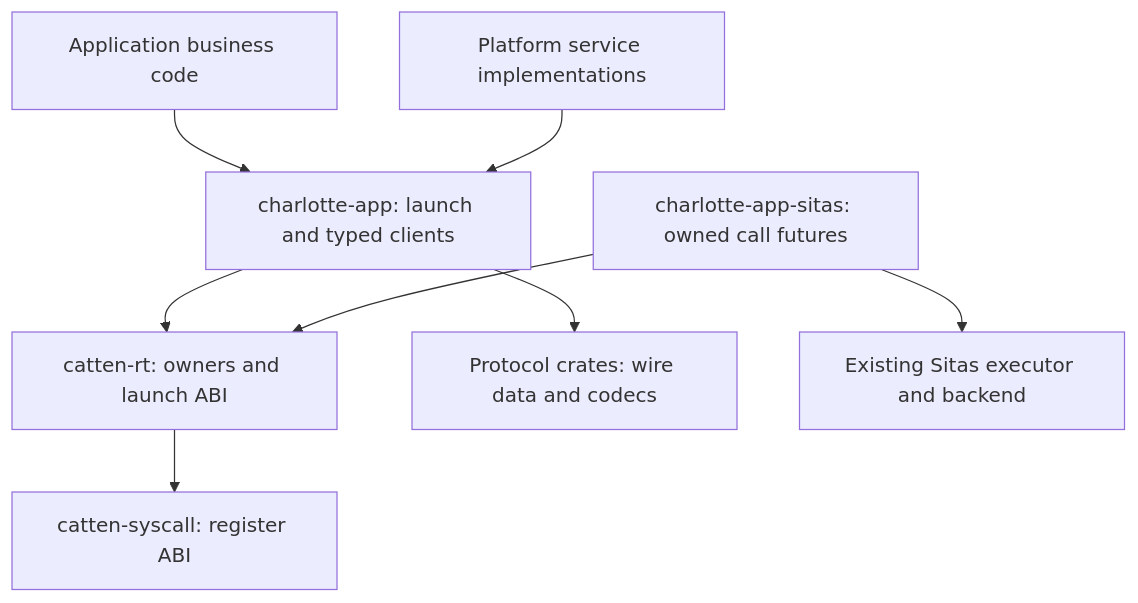
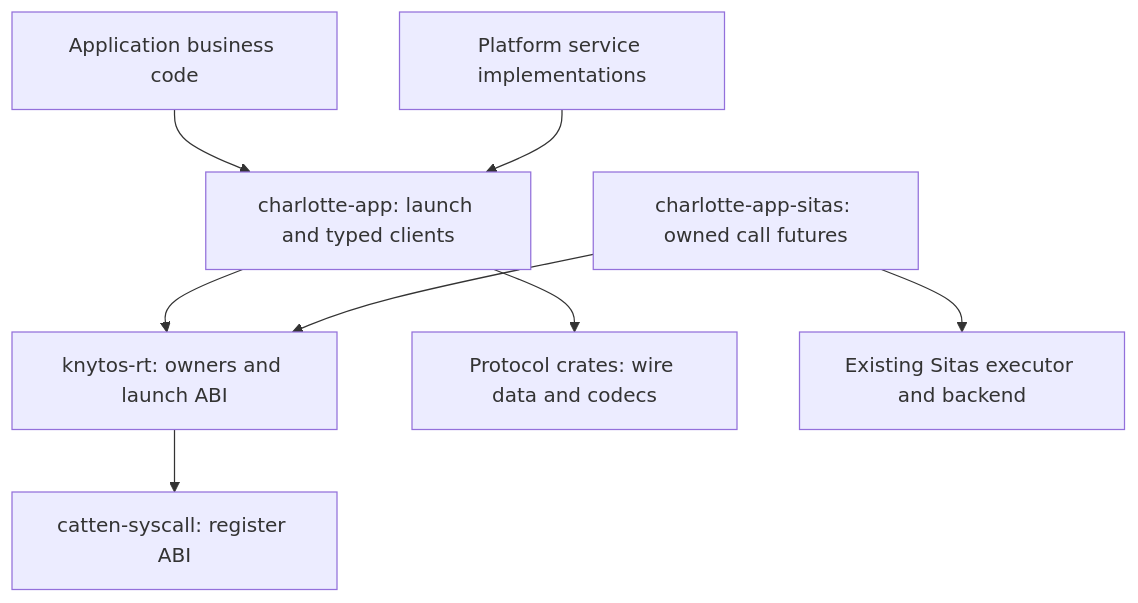
One commit to FrodeRanders/charlotte-os changed the diagram in docs/architecture/userspace-ergonomics.md. Above: the diagram before and after it, drawn with Mermaid. The commit also changed other lines of this file and 67 other files, not shown here.

Commit message:
catten-rt -> knytos-rt

````diff
--- a/docs/architecture/userspace-ergonomics.md
+++ b/docs/architecture/userspace-ergonomics.md
@@ -31,10 +31,10 @@
 ```mermaid
 flowchart TD
     App[Application business code] --> Clients[charlotte-app: launch and typed clients]
     Services[Platform service implementations] --> Clients
-    Clients --> Runtime[catten-rt: owners and launch ABI]
+    Clients --> Runtime[knytos-rt: owners and launch ABI]
     Clients --> Wire[Protocol crates: wire data and codecs]
     Runtime --> Syscalls[catten-syscall: register ABI]
     Async[charlotte-app-sitas: owned call futures] --> Runtime
     Async --> Sitas[Existing Sitas executor and backend]
 ```
````
